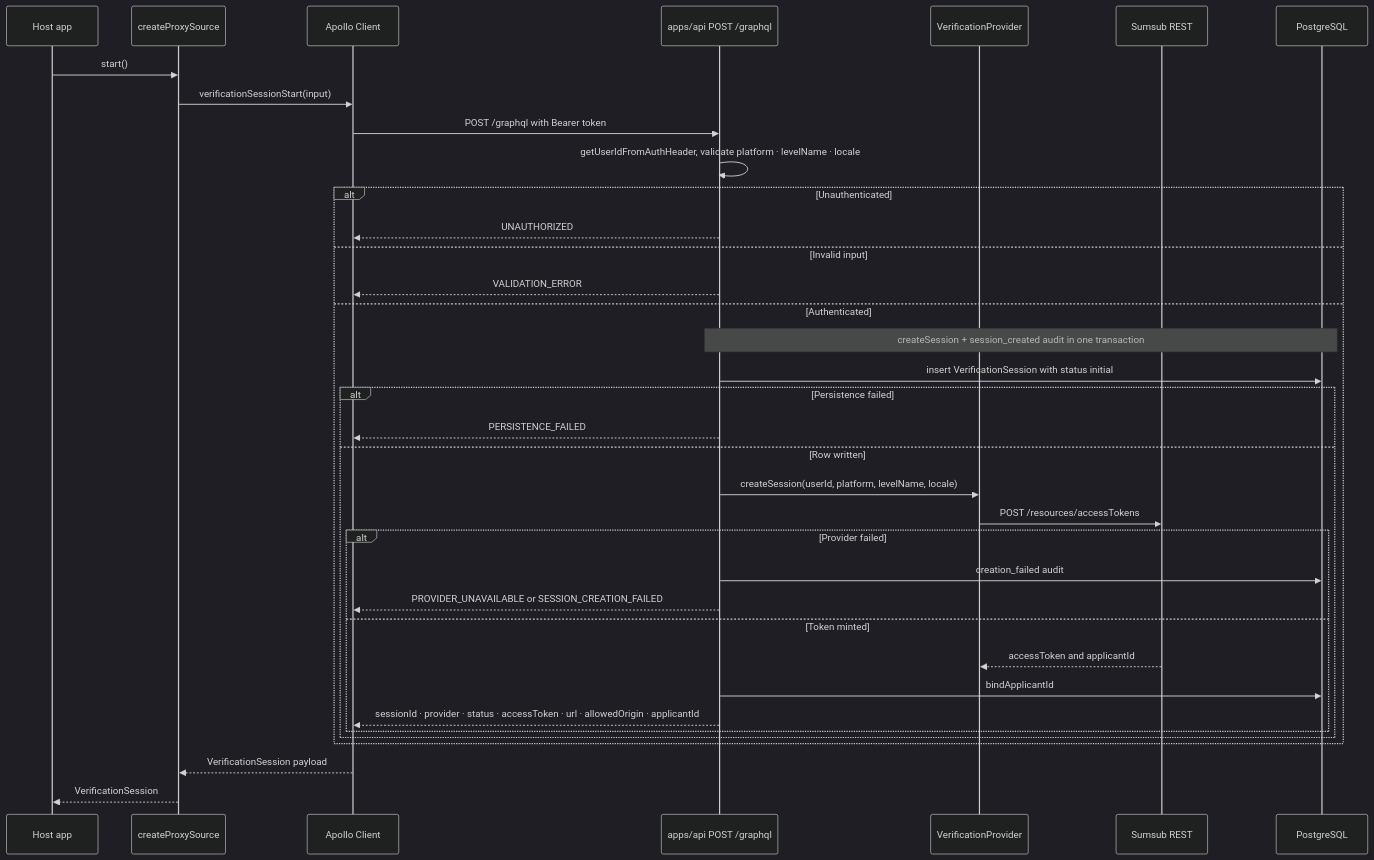
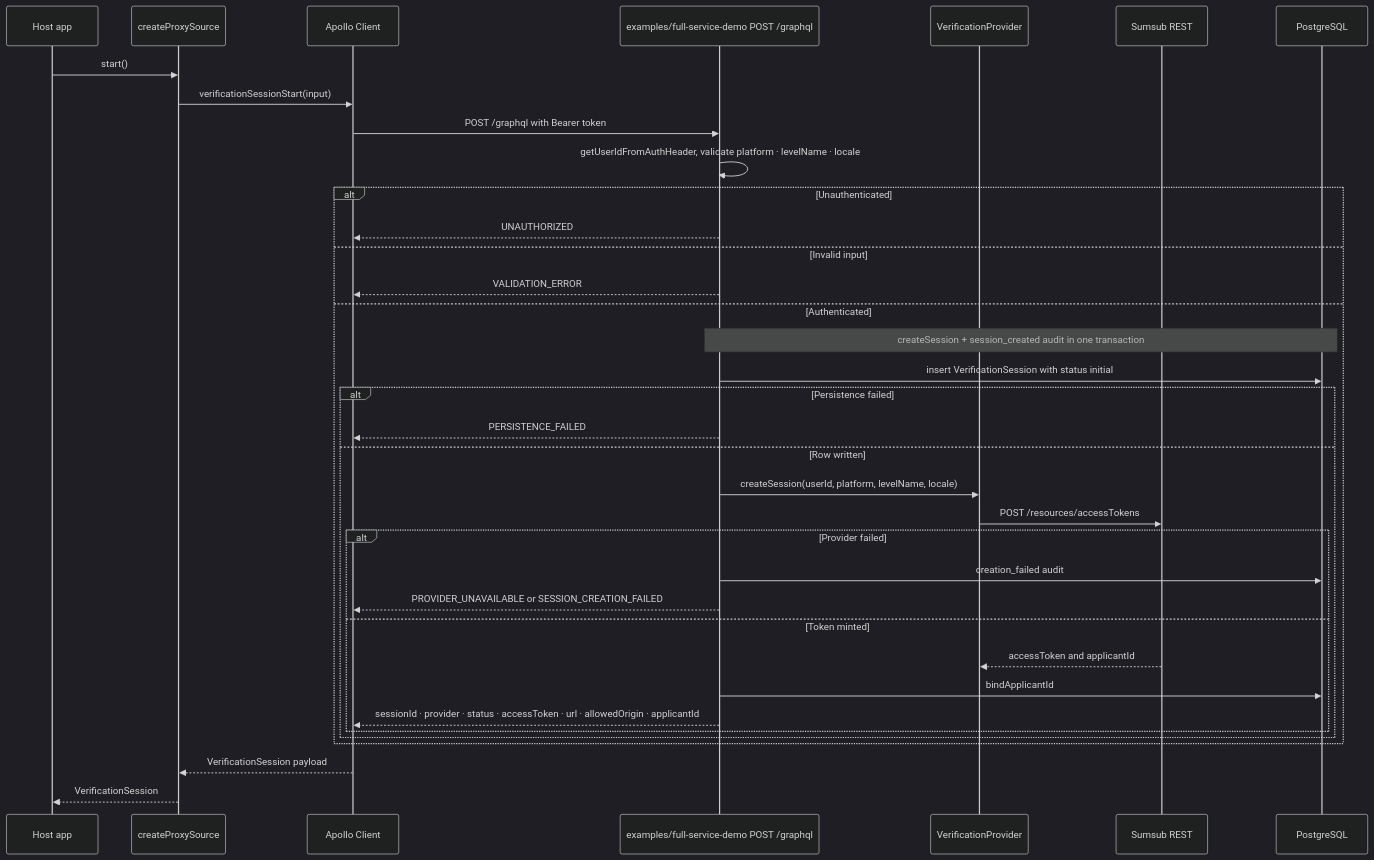
One commit to blinkbitcoin/kyc changed the diagram in docs/diagrams/src/graphql-request-flow.mmd. Above: the diagram before and after it, drawn with Mermaid (dark theme). The commit also changed 133 other files, not shown here.

First line of the commit message:
refactor: move the reference backend to examples/full-service-demo

```diff
--- a/docs/diagrams/src/graphql-request-flow.mmd
+++ b/docs/diagrams/src/graphql-request-flow.mmd
@@ -1,37 +1,37 @@
 sequenceDiagram
     participant App as Host app
     participant SRC as createProxySource
     participant AC as Apollo Client
-    participant GQL as apps/api POST /graphql
+    participant GQL as examples/full-service-demo POST /graphql
     participant PV as VerificationProvider
     participant SUM as Sumsub REST
     participant DB as PostgreSQL
 
     App->>SRC: start()
     SRC->>AC: verificationSessionStart(input)
     AC->>GQL: POST /graphql with Bearer token
     GQL->>GQL: getUserIdFromAuthHeader, validate platform · levelName · locale
     alt Unauthenticated
         GQL-->>AC: UNAUTHORIZED
     else Invalid input
         GQL-->>AC: VALIDATION_ERROR
     else Authenticated
         Note over GQL,DB: createSession + session_created audit in one transaction
         GQL->>DB: insert VerificationSession with status initial
         alt Persistence failed
             GQL-->>AC: PERSISTENCE_FAILED
         else Row written
             GQL->>PV: createSession(userId, platform, levelName, locale)
             PV->>SUM: POST /resources/accessTokens
             alt Provider failed
                 GQL->>DB: creation_failed audit
                 GQL-->>AC: PROVIDER_UNAVAILABLE or SESSION_CREATION_FAILED
             else Token minted
                 SUM-->>PV: accessToken and applicantId
                 GQL->>DB: bindApplicantId
                 GQL-->>AC: sessionId · provider · status · accessToken · url · allowedOrigin · applicantId
             end
         end
     end
     AC-->>SRC: VerificationSession payload
     SRC-->>App: VerificationSession
```
